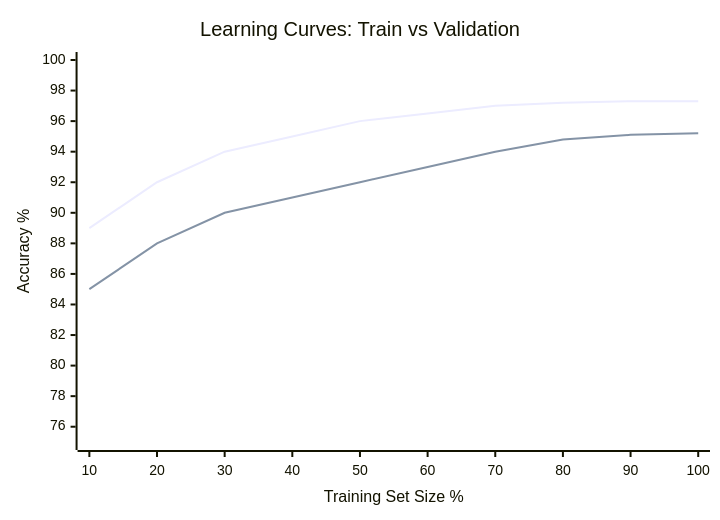
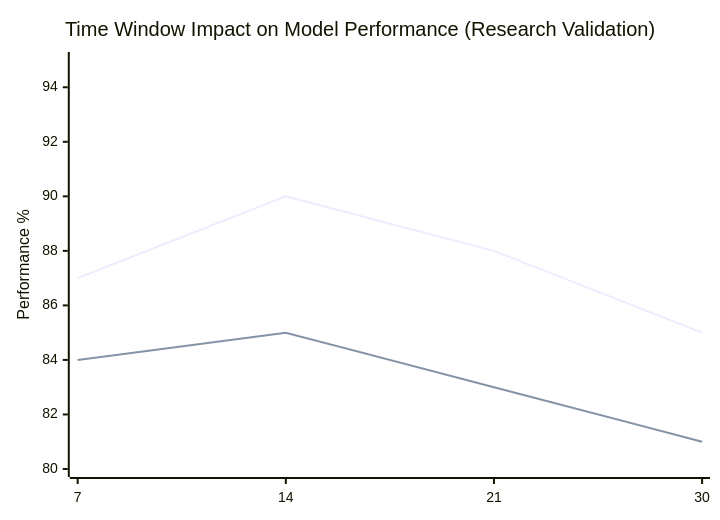
The sixth of 7 diagrams in MODEL_ANALYSIS.md (nes10r/BigDataProject), drawn with Mermaid before and after one commit. The commit also changed other lines of this file and 1 other file, not shown here.

````diff
--- a/MODEL_ANALYSIS.md
+++ b/MODEL_ANALYSIS.md
@@ -408,9 +394,8 @@
 ```mermaid
 xychart-beta
-    title "Learning Curves: Train vs Validation"
-    x-axis "Training Set Size %" [10, 20, 30, 40, 50, 60, 70, 80, 90, 100]
-    y-axis "Accuracy %" 75 --> 100
-    line "Train Acc" [89, 92, 94, 95, 96, 96.5, 97, 97.2, 97.3, 97.3]
-    line "Valid Acc" [85, 88, 90, 91, 92, 93, 94, 94.8, 95.1, 95.2]
-    line "Gap" [4, 4, 4, 4, 4, 3.5, 3, 2.4, 2.2, 2.1]
+    title "Time Window Impact on Model Performance (Research Validation)"
+    x-axis [7, 14, 21, 30]
+    y-axis "Performance %" 80 --> 95
+    line "Accuracy" [87, 90, 88, 85]
+    line "Recall" [84, 85, 83, 81]
 ```
````
